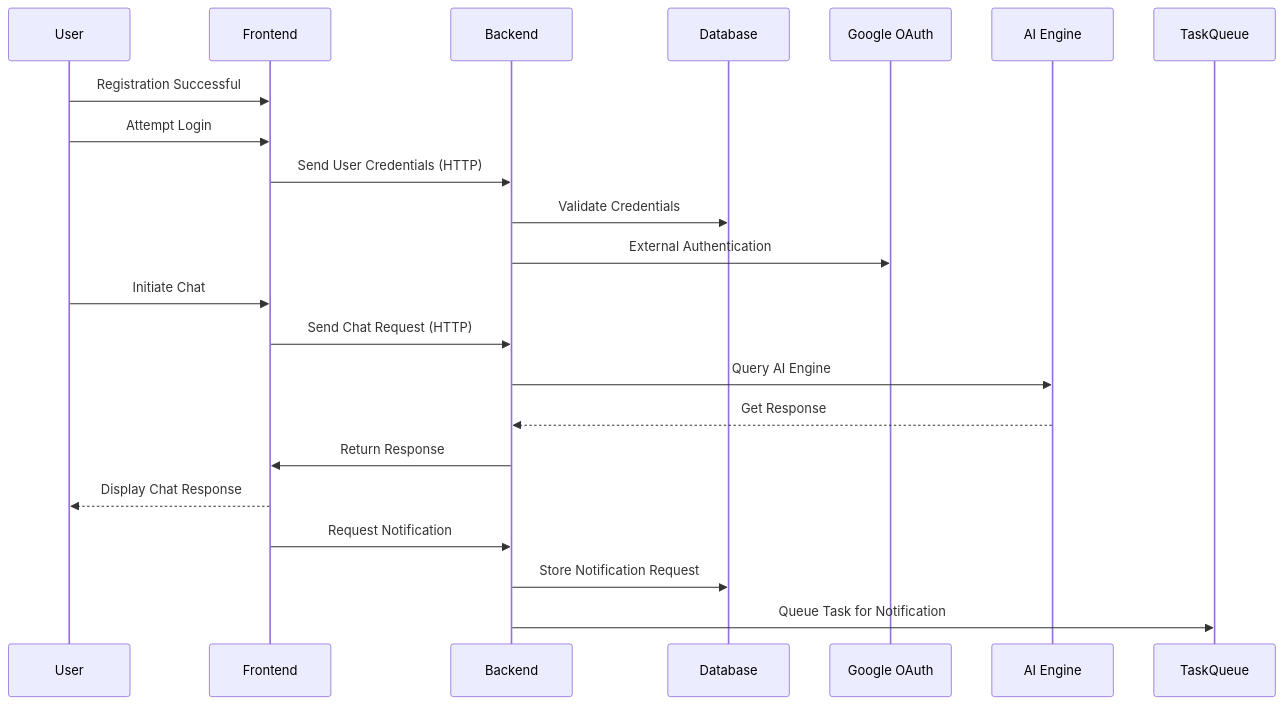
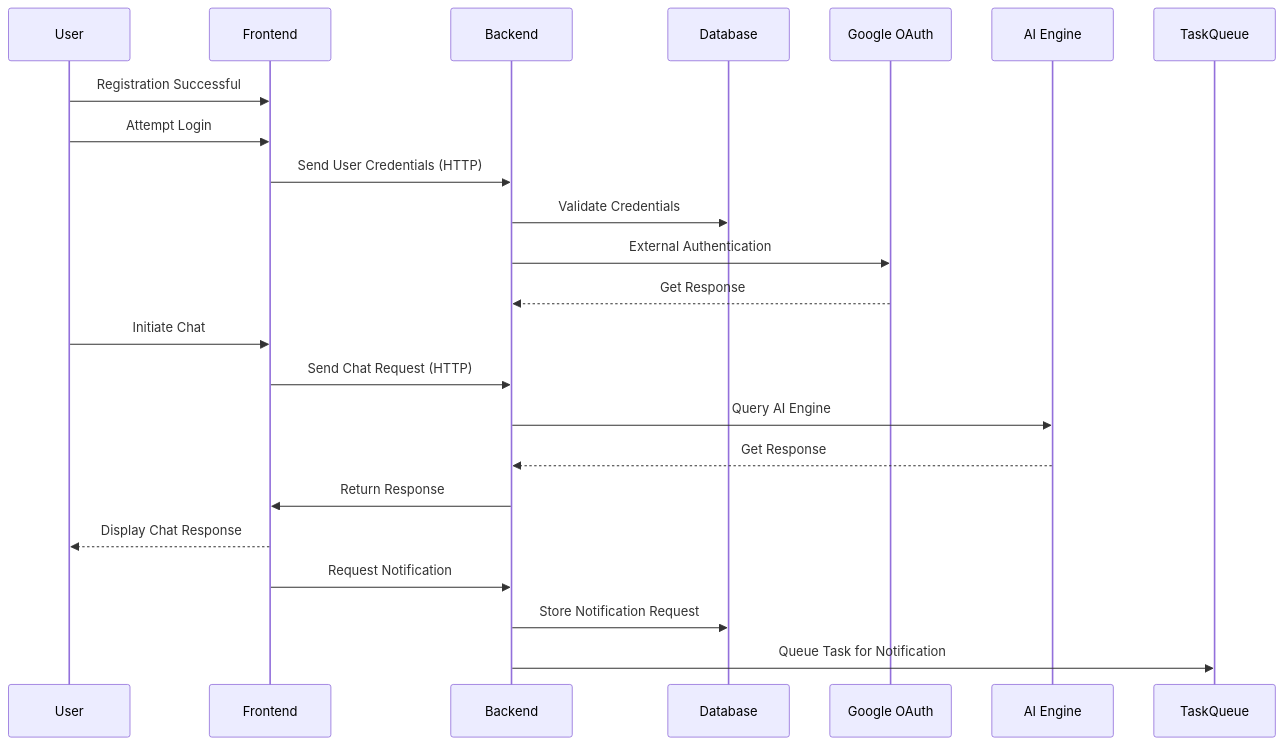
The second of 2 diagrams in mermaid.md (Joy-Ese/JayBank-Support-App), drawn with Mermaid before and after one commit.

````diff
--- a/mermaid.md
+++ b/mermaid.md
@@ -23,26 +23,27 @@
 ``` mermaid
 sequenceDiagram
     participant U as User
     participant FE as Frontend
     participant BE as Backend
     participant DB as Database
     participant JWT as Google OAuth
     participant AI as AI Engine
     participant Q as TaskQueue
 
     U->>FE: Registration Successful
     U->>FE: Attempt Login
     FE->>BE: Send User Credentials (HTTP)
     BE->>DB: Validate Credentials
     BE->>JWT: External Authentication
+    JWT-->>BE: Get Response
     U->>FE: Initiate Chat
     FE->>BE: Send Chat Request (HTTP)
     BE->>AI: Query AI Engine
     AI-->>BE: Get Response
     BE->>FE: Return Response
     FE-->>U: Display Chat Response
 
     FE->>BE: Request Notification
     BE->>DB: Store Notification Request
     BE->>Q: Queue Task for Notification
 ```
````
